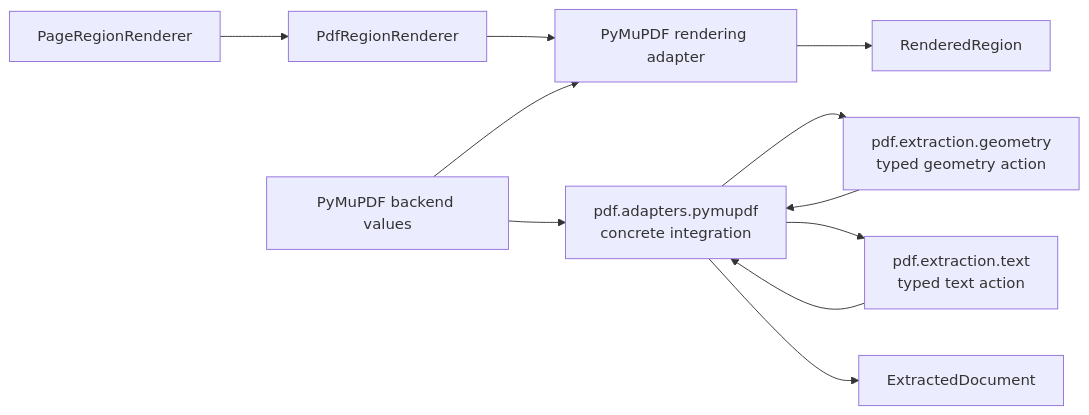
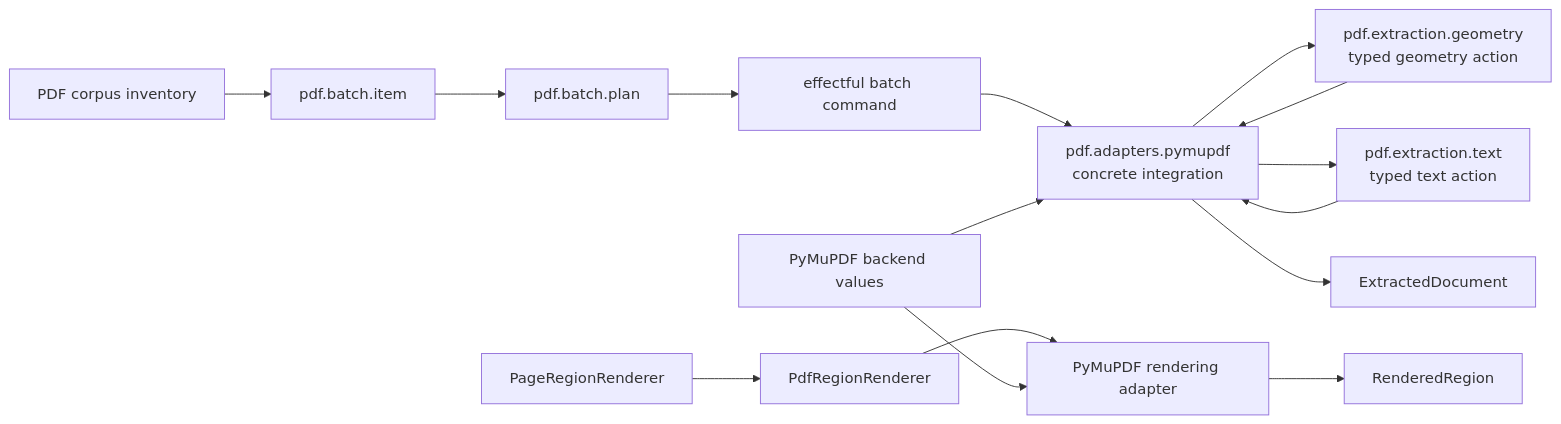
One commit to eragasa/projectkoios-ingestion changed the diagram in docs/architecture/projectkoios/ingestion/pdf/schematic.md. Above: the diagram before and after it, drawn with Mermaid. The commit also changed other lines of this file and 59 other files, not shown here.

Commit message:
Document shared JSON contract architecture

````diff
--- a/docs/architecture/projectkoios/ingestion/pdf/schematic.md
+++ b/docs/architecture/projectkoios/ingestion/pdf/schematic.md
@@ -3,23 +3,29 @@
 ```mermaid
 flowchart LR
+    Corpus["PDF corpus inventory"]
+    BatchItem["pdf.batch.item"]
+    BatchPlan["pdf.batch.plan"]
+    Command["effectful batch command"]
     Backend["PyMuPDF backend values"]
     Adapter["pdf.adapters.pymupdf<br/>concrete integration"]
     Geometry["pdf.extraction.geometry<br/>typed geometry action"]
     Text["pdf.extraction.text<br/>typed text action"]
     Document["ExtractedDocument"]
     PageBase["PageRegionRenderer"]
     PdfBase["PdfRegionRenderer"]
     Render["PyMuPDF rendering adapter"]
     Region["RenderedRegion"]
 
+    Corpus --> BatchItem --> BatchPlan --> Command
+    Command --> Adapter
     Backend --> Adapter
     Adapter --> Geometry
     Adapter --> Text
     Geometry --> Adapter
     Text --> Adapter
     Adapter --> Document
     PageBase --> PdfBase
     PdfBase --> Render
     Backend --> Render
     Render --> Region
 ```
````
